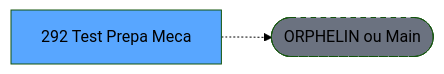
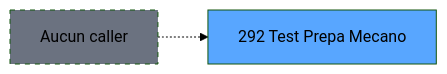
One commit to thonyAGP/magic-migration changed the second of 3 diagrams in .openspec/specs/ADH-IDE-292.md. Above: the diagram before and after it, drawn with Mermaid (forest theme). The commit also changed other lines of this file and 493 other files, not shown here.

````diff
--- a/.openspec/specs/ADH-IDE-292.md
+++ b/.openspec/specs/ADH-IDE-292.md
@@ -121,8 +134,8 @@
 ```mermaid
 graph LR
-    T[292 Test Prepa Meca]
-    ORPHAN([ORPHELIN ou Main])
-    T -.-> ORPHAN
-    style T fill:#58a6ff,color:#000
-    style ORPHAN fill:#6b7280,stroke-dasharray: 5 5
+    T292[292 Test Prepa Mecano]
+    style T292 fill:#58a6ff
+    NONE[Aucun caller]
+    NONE -.-> T292
+    style NONE fill:#6b7280,stroke-dasharray: 5 5
 ```
````
